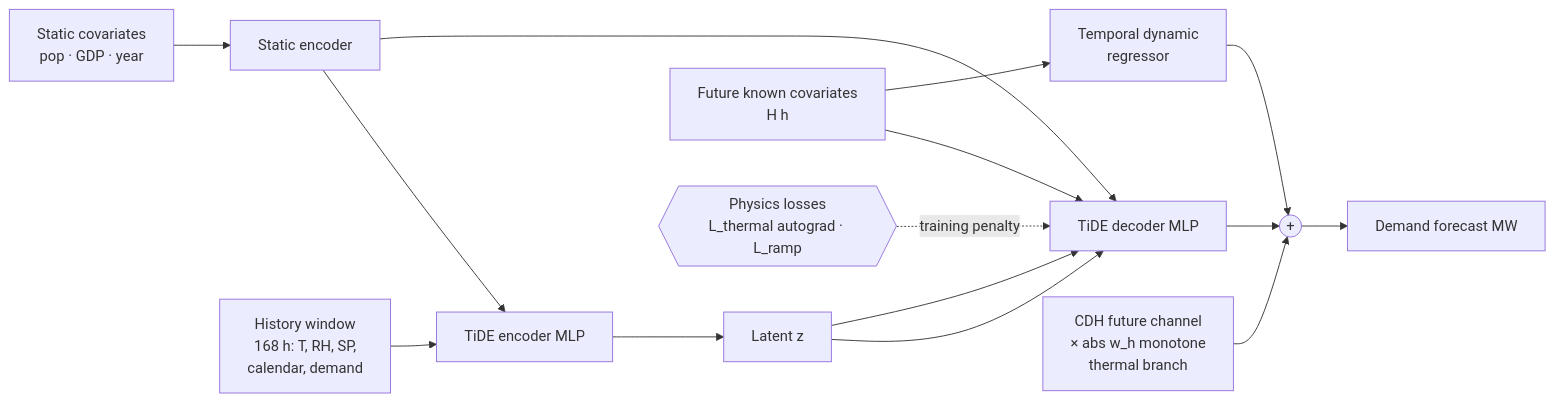
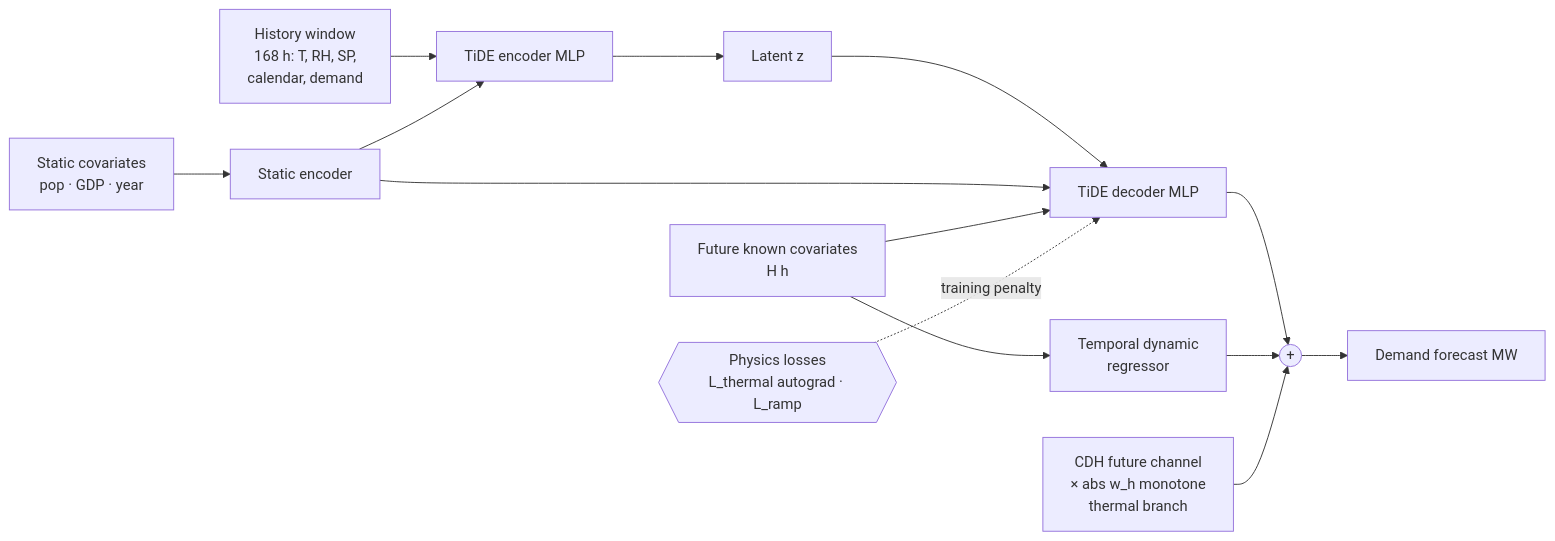
One commit to Nripendrobiswas/PITIDE_TRASH changed the diagram in README.md. Above: the diagram before and after it, drawn with Mermaid. The commit also changed other lines of this file and 1 other file, not shown here.

Commit message:
README: feature user's PITiDE flow chart (assets/fig7); keep Mermaid spec collapsible

````diff
--- a/README.md
+++ b/README.md
@@ -107,17 +112,16 @@
 ```mermaid
 flowchart LR
   S[Static covariates<br/>pop · GDP · year] --> SE[Static encoder]
   X[History window<br/>168 h: T, RH, SP,<br/>calendar, demand] --> E[TiDE encoder MLP]
   SE --> E
   E --> Z[Latent z]
   Z --> D[TiDE decoder MLP]
   SE --> D
   F[Future known covariates<br/>H h] --> D
   F --> TDR[Temporal dynamic<br/>regressor]
-  Z --> D
   D --> SUM((+))
   TDR --> SUM
   CDH[CDH future channel<br/>× abs w_h monotone<br/>thermal branch] --> SUM
   SUM --> Y[Demand forecast MW]
   P{{Physics losses<br/>L_thermal autograd · L_ramp}} -. training penalty .-> D
 ```
````
